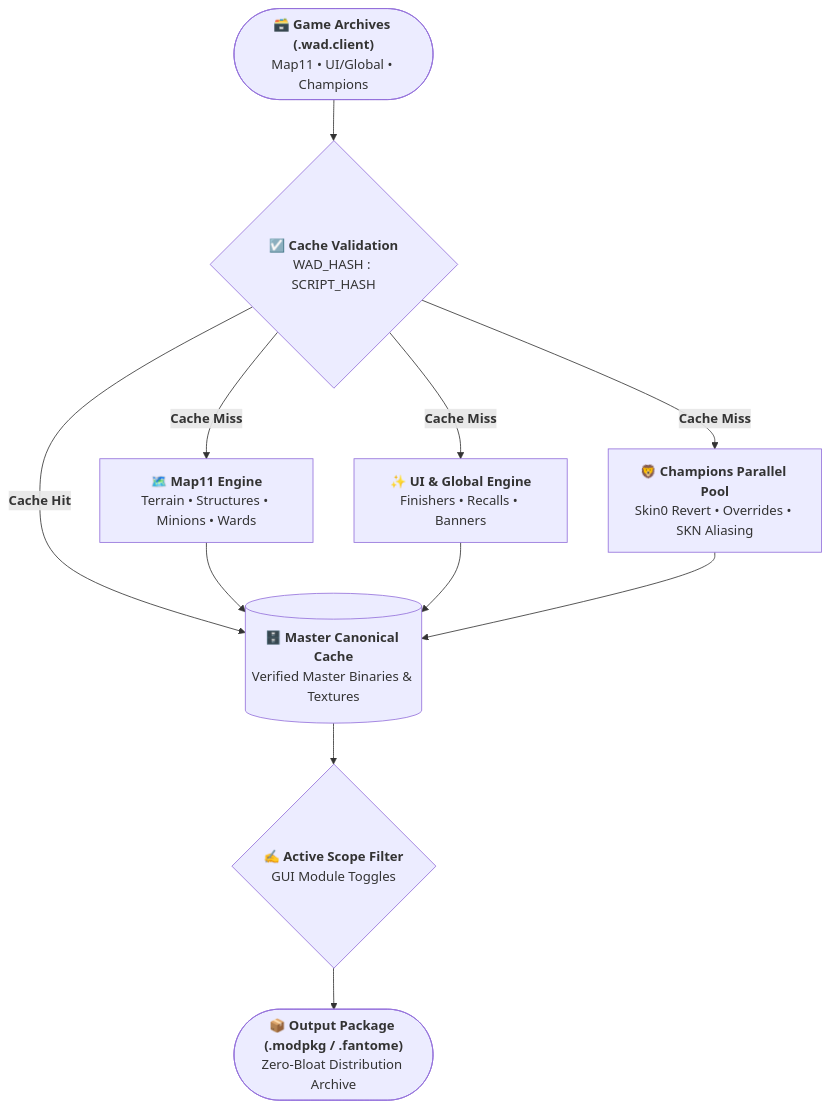
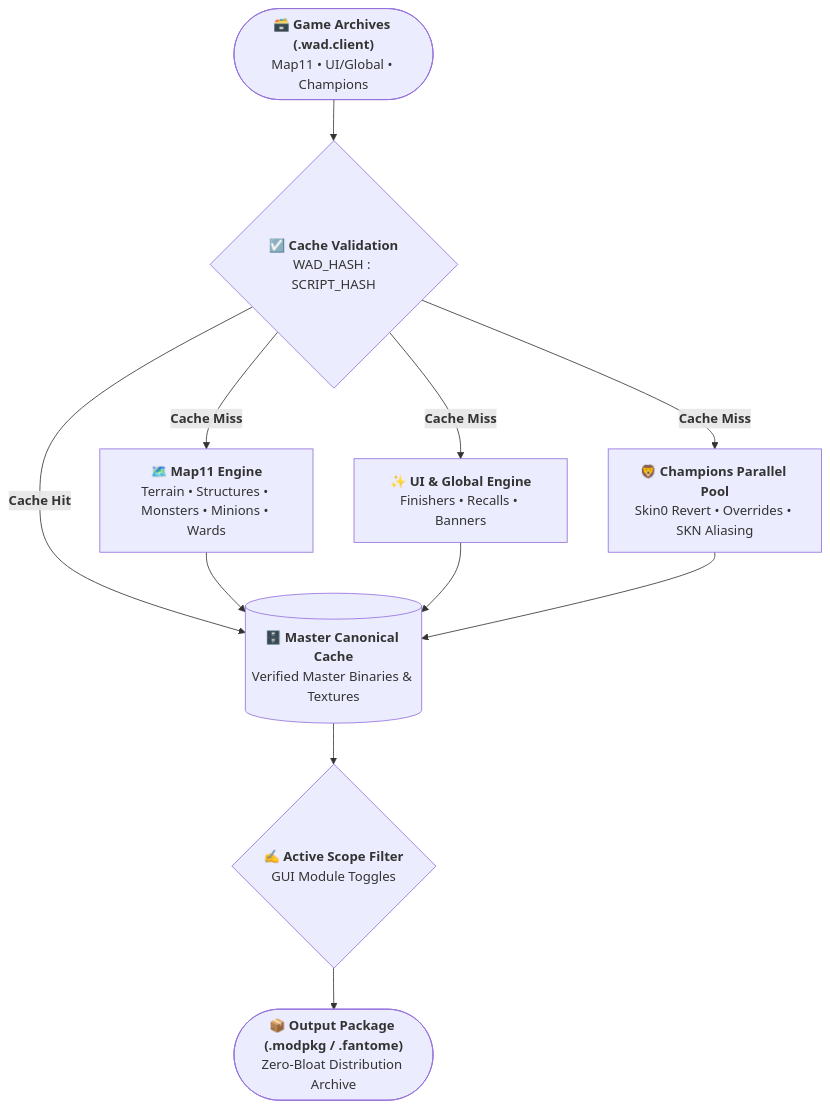
Before and after one commit to gsmeven/vanilla-true-builder: the diagram in README.md, drawn with Mermaid. The commit also changed other lines of this file and 2 other files, not shown here.

````diff
--- a/README.md
+++ b/README.md
@@ -250,16 +251,16 @@
 ```mermaid
 flowchart TD
     A(["<b>🗃️ Game Archives (.wad.client)</b><br/>Map11 • UI/Global • Champions"]) --> B{"<b>☑️ Cache Validation</b><br/>WAD_HASH : SCRIPT_HASH"}
 
     B -- "<b>Cache Hit</b>" --> E[("<b>🗄️ Master Canonical Cache</b><br/>Verified Master Binaries & Textures")]
-    B -- "<b>Cache Miss</b>" --> C1["<b>🗺️ Map11 Engine</b><br/>Terrain • Structures • Minions • Wards"]
+    B -- "<b>Cache Miss</b>" --> C1["<b>🗺️ Map11 Engine</b><br/>Terrain • Structures • Monsters • Minions • Wards"]
     B -- "<b>Cache Miss</b>" --> C2["<b>✨ UI & Global Engine</b><br/>Finishers • Recalls • Banners"]
     B -- "<b>Cache Miss</b>" --> C3["<b>🦁 Champions Parallel Pool</b><br/>Skin0 Revert • Overrides • SKN Aliasing"]
 
     C1 --> E
     C2 --> E
     C3 --> E
 
     E --> F{"<b>✍️ Active Scope Filter</b><br/>GUI Module Toggles"}
     F --> G(["<b>📦️ Output Package (.modpkg / .fantome)</b><br/>Zero-Bloat Distribution Archive"])
 ```
````
